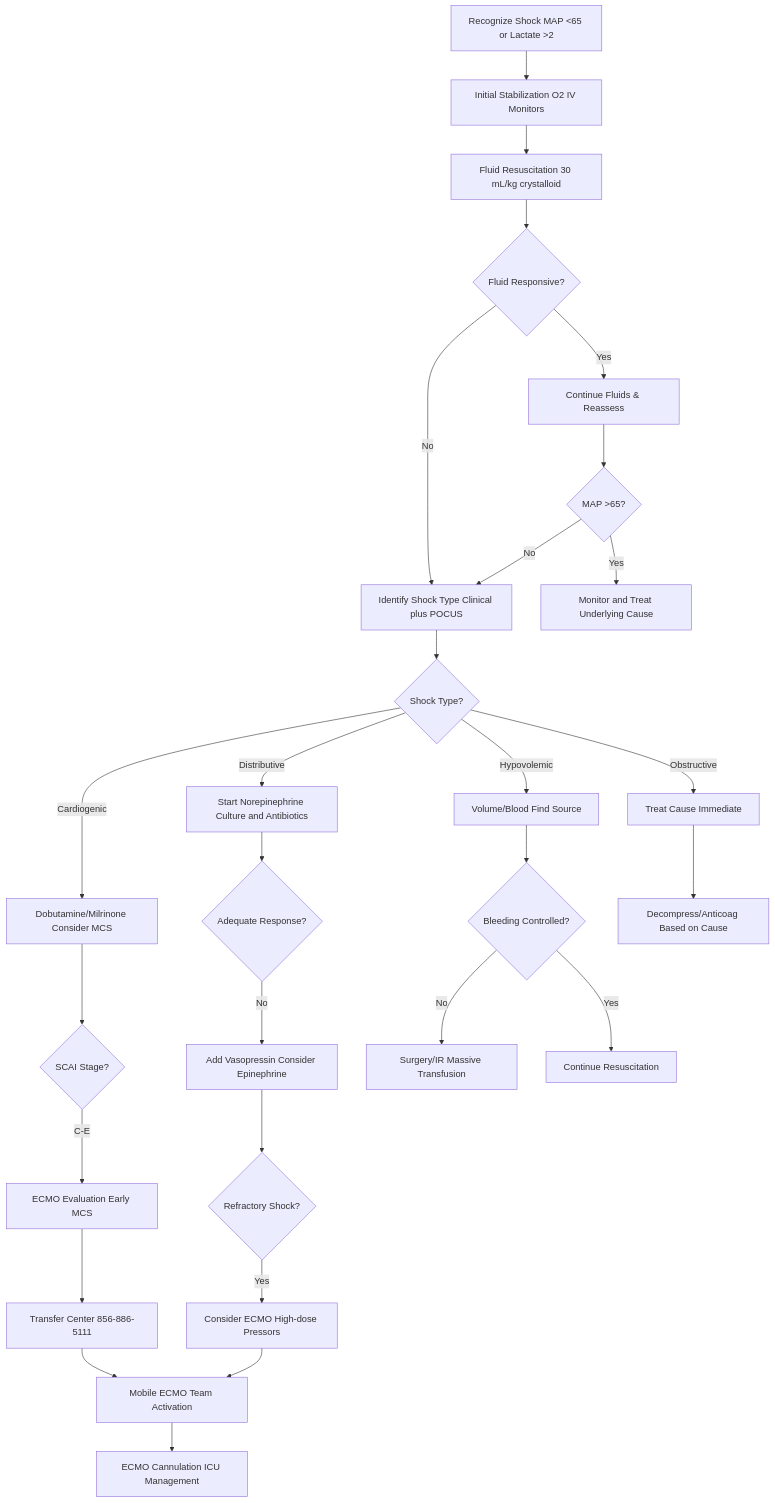
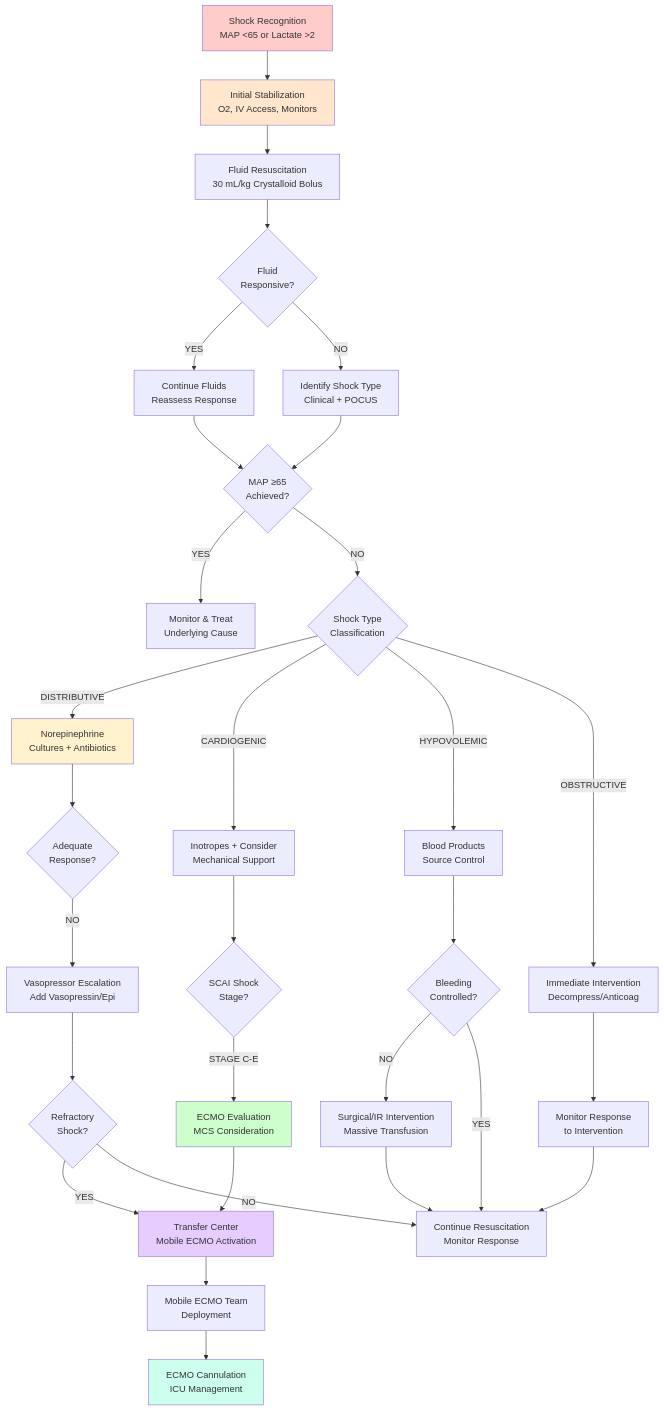
Before and after one commit to bhavenmurji/RapidResponseCentral: the diagram in Assets/RapidResponseCentralDocumentationVault/Protocols/Emergencies/Shock & ECMO Protocols.md, drawn with Mermaid. The commit also changed other lines of this file and 6438 other files, not shown here.

````diff
--- a/Assets/RapidResponseCentralDocumentationVault/Protocols/Emergencies/Shock & ECMO Protocols.md
+++ b/Assets/RapidResponseCentralDocumentationVault/Protocols/Emergencies/Shock & ECMO Protocols.md
@@ -119,57 +11,50 @@
-```mermaid
+~~~mermaid
 graph TD
-    A[Recognize Shock MAP <65 or Lactate >2]
-    B[Initial Stabilization O2 IV Monitors]
-    C[Fluid Resuscitation 30 mL/kg crystalloid]
-    D{Fluid Responsive?}
-    E[Continue Fluids & Reassess]
-    F[Identify Shock Type Clinical plus POCUS]
-    G{MAP >65?}
-    H[Monitor and Treat Underlying Cause]
-    I{Shock Type?}
-    J[Start Norepinephrine Culture and Antibiotics]
-    K[Dobutamine/Milrinone Consider MCS]
-    L[Volume/Blood Find Source]
-    M[Treat Cause Immediate]
-    N{Adequate Response?}
-    O{SCAI Stage?}
-    P{Bleeding Controlled?}
-    Q[Decompress/Anticoag Based on Cause]
-    R[Add Vasopressin Consider Epinephrine]
-    S[ECMO Evaluation Early MCS]
-    T[Surgery/IR Massive Transfusion]
-    U[Continue Resuscitation]
-    V{Refractory Shock?}
-    W[Transfer Center 856-886-5111]
-    X[Consider ECMO High-dose Pressors]
-    Y[Mobile ECMO Team Activation]
-    Z[ECMO Cannulation ICU Management]
-
-    A --> B
-    B --> C
-    C --> D
-    D -- Yes --> E
-    D -- No --> F
-    E --> G
-    G -- Yes --> H
-    G -- No --> F
-    F --> I
-    I -- Distributive --> J
-    I -- Cardiogenic --> K
-    I -- Hypovolemic --> L
-    I -- Obstructive --> M
-    J --> N
-    K --> O
-    L --> P
-    M --> Q
-    N -- No --> R
-    O -- "C-E" --> S
-    P -- No --> T
-    P -- Yes --> U
-    R --> V
-    S --> W
-    V -- Yes --> X
-    W --> Y
-    X --> Y
-    Y --> Z
-```
+    A["Shock Recognition<br/>MAP <65 or Lactate >2"] --> B["Initial Stabilization<br/>O2, IV Access, Monitors"]
+    
+    B --> C["Fluid Resuscitation<br/>30 mL/kg Crystalloid Bolus"]
+    
+    C --> D{"Fluid<br/>Responsive?"}
+    
+    D -->|YES| E["Continue Fluids<br/>Reassess Response"]
+    D -->|NO| F["Identify Shock Type<br/>Clinical + POCUS"]
+    
+    E --> G{"MAP ≥65<br/>Achieved?"}
+    F --> G
+    
+    G -->|YES| H["Monitor & Treat<br/>Underlying Cause"]
+    G -->|NO| I{"Shock Type<br/>Classification"}
+    
+    I -->|DISTRIBUTIVE| J["Norepinephrine<br/>Cultures + Antibiotics"]
+    I -->|CARDIOGENIC| K["Inotropes + Consider<br/>Mechanical Support"]
+    I -->|HYPOVOLEMIC| L["Blood Products<br/>Source Control"]
+    I -->|OBSTRUCTIVE| M["Immediate Intervention<br/>Decompress/Anticoag"]
+    
+    J --> N{"Adequate<br/>Response?"}
+    K --> O{"SCAI Shock<br/>Stage?"}
+    L --> P{"Bleeding<br/>Controlled?"}
+    M --> Q["Monitor Response<br/>to Intervention"]
+    
+    N -->|NO| R["Vasopressor Escalation<br/>Add Vasopressin/Epi"]
+    O -->|"STAGE C-E"| S["ECMO Evaluation<br/>MCS Consideration"]
+    P -->|NO| T["Surgical/IR Intervention<br/>Massive Transfusion"]
+    P -->|YES| U["Continue Resuscitation<br/>Monitor Response"]
+    Q --> U
+    
+    R --> V{"Refractory<br/>Shock?"}
+    S --> W["Transfer Center<br/>Mobile ECMO Activation"]
+    T --> U
+    
+    V -->|YES| W
+    V -->|NO| U
+    
+    W --> X["Mobile ECMO Team<br/>Deployment"]
+    X --> Y["ECMO Cannulation<br/>ICU Management"]
+    
+    style A fill:#ffcccc
+    style B fill:#ffe6cc
+    style J fill:#fff2cc
+    style S fill:#ccffcc
+    style W fill:#e6ccff
+    style Y fill:#ccffee
+~~~
````
